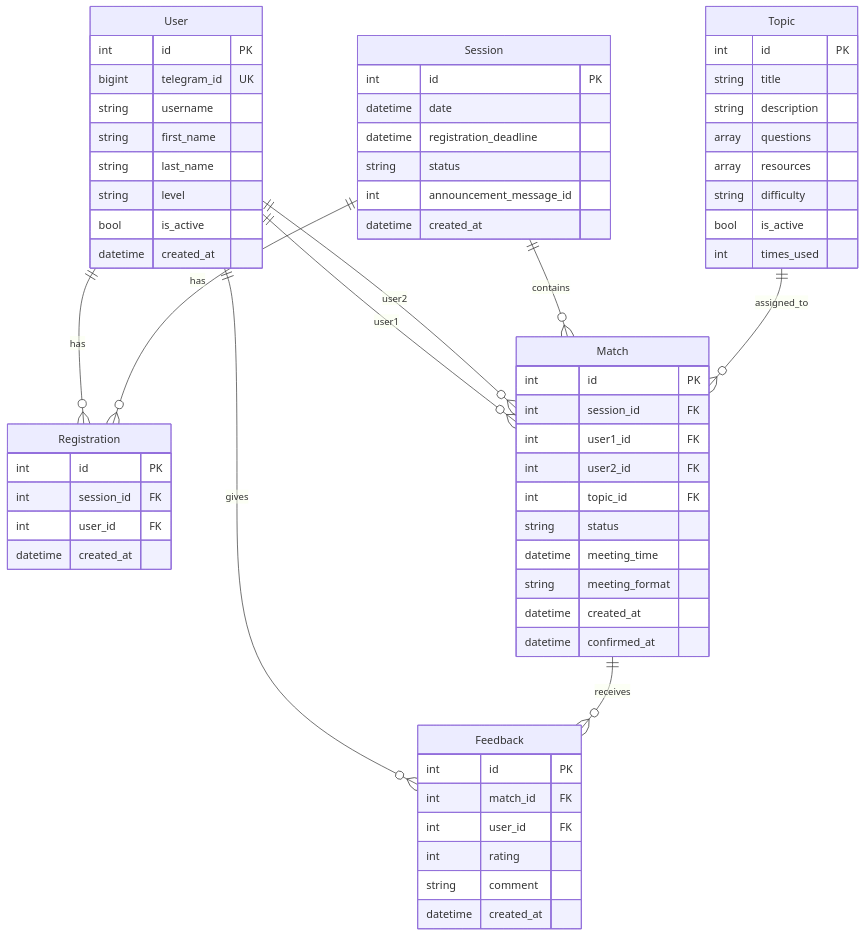
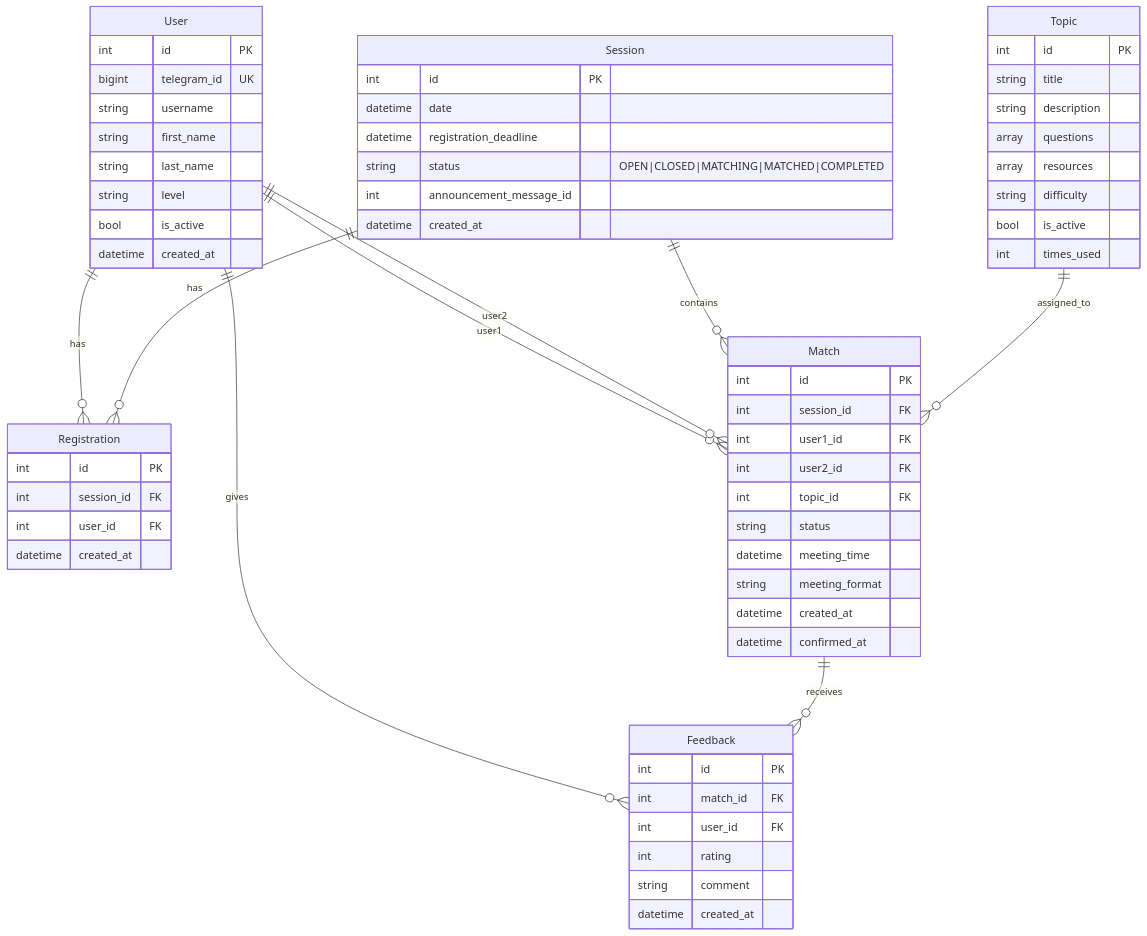
One commit to FrostWillmott/RandomCoffeeBot changed the fourth of 4 diagrams in ARCHITECTURE.md. Above: the diagram before and after it, drawn with Mermaid. The commit also changed other lines of this file, not shown here.

Commit message:
docs: update ARCHITECTURE.md for new patterns

````diff
--- a/ARCHITECTURE.md
+++ b/ARCHITECTURE.md
@@ -109,71 +118,71 @@
 ```mermaid
 erDiagram
     User ||--o{ Registration : has
     User ||--o{ Match : "user1"
     User ||--o{ Match : "user2"
     User ||--o{ Feedback : gives
     Session ||--o{ Registration : has
     Session ||--o{ Match : contains
     Match ||--o{ Feedback : receives
     Topic ||--o{ Match : assigned_to
 
     User {
         int id PK
         bigint telegram_id UK
         string username
         string first_name
         string last_name
         string level
         bool is_active
         datetime created_at
     }
 
     Session {
         int id PK
         datetime date
         datetime registration_deadline
-        string status
+        string status "OPEN|CLOSED|MATCHING|MATCHED|COMPLETED"
         int announcement_message_id
         datetime created_at
     }
 
     Registration {
         int id PK
         int session_id FK
         int user_id FK
         datetime created_at
     }
 
     Match {
         int id PK
         int session_id FK
         int user1_id FK
         int user2_id FK
         int topic_id FK
         string status
         datetime meeting_time
         string meeting_format
         datetime created_at
         datetime confirmed_at
     }
 
     Topic {
         int id PK
         string title
         string description
         array questions
         array resources
         string difficulty
         bool is_active
         int times_used
     }
 
     Feedback {
         int id PK
         int match_id FK
         int user_id FK
         int rating
         string comment
         datetime created_at
     }
 ```
````
